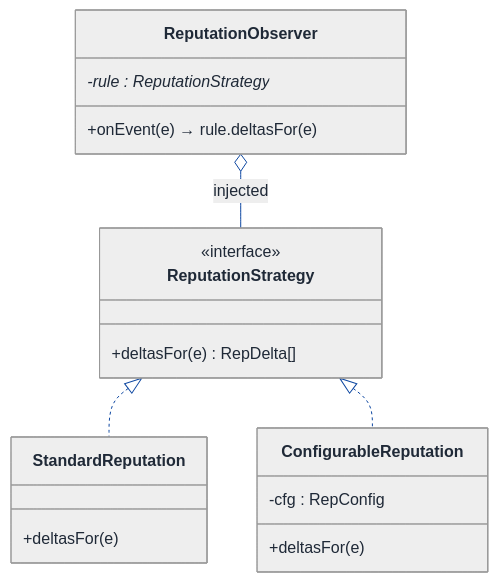
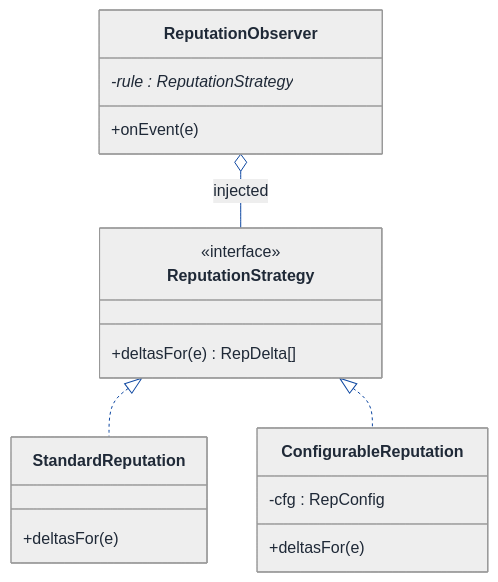
The third of 7 diagrams in LLD/Topics/Observer_Pattern/QA_Platform.md (Prateek-5/question-bank), drawn with Mermaid before and after one commit. The commit also changed 61 other files, not shown here.

First line of the commit message:
Fix invalid mermaid classDiagram member syntax across LLD walkthroughs

````diff
--- a/LLD/Topics/Observer_Pattern/QA_Platform.md
+++ b/LLD/Topics/Observer_Pattern/QA_Platform.md
@@ -568,54 +568,54 @@
 ```mermaid
 ---
 config:
   theme: neutral
   themeVariables:
     background: '#ffffff'
     primaryColor: '#cfe2ff'
     primaryTextColor: '#1f2937'
     primaryBorderColor: '#084298'
     secondaryColor: '#fff3cd'
     secondaryTextColor: '#1f2937'
     secondaryBorderColor: '#664d03'
     tertiaryColor: '#d1e7dd'
     tertiaryTextColor: '#1f2937'
     tertiaryBorderColor: '#0a3622'
     lineColor: '#0d47a1'
     textColor: '#1f2937'
     noteBkgColor: '#fff3cd'
     noteTextColor: '#1f2937'
     noteBorderColor: '#997404'
     actorBkg: '#cfe2ff'
     actorBorder: '#084298'
     actorTextColor: '#1f2937'
     signalColor: '#0d47a1'
     signalTextColor: '#1f2937'
     labelBoxBkgColor: '#ffffff'
     labelBoxBorderColor: '#d3d3d3'
     labelTextColor: '#1f2937'
     edgeLabelBackground: '#ffffff'
     labelBackground: '#ffffff'
     classText: '#1f2937'
     fontFamily: 'system-ui, -apple-system, Segoe UI, Helvetica, Arial, sans-serif'
 ---
 classDiagram
   direction TB
   class ReputationObserver {
     -rule : ReputationStrategy*
-    +onEvent(e) → rule.deltasFor(e)
+    +onEvent(e)
   }
   class ReputationStrategy {
     <<interface>>
     +deltasFor(e) RepDelta[]
   }
   class StandardReputation {
     +deltasFor(e)
   }
   class ConfigurableReputation {
     -cfg : RepConfig
     +deltasFor(e)
   }
   ReputationObserver o-- ReputationStrategy : injected
   ReputationStrategy <|.. StandardReputation
   ReputationStrategy <|.. ConfigurableReputation
 ```
````
